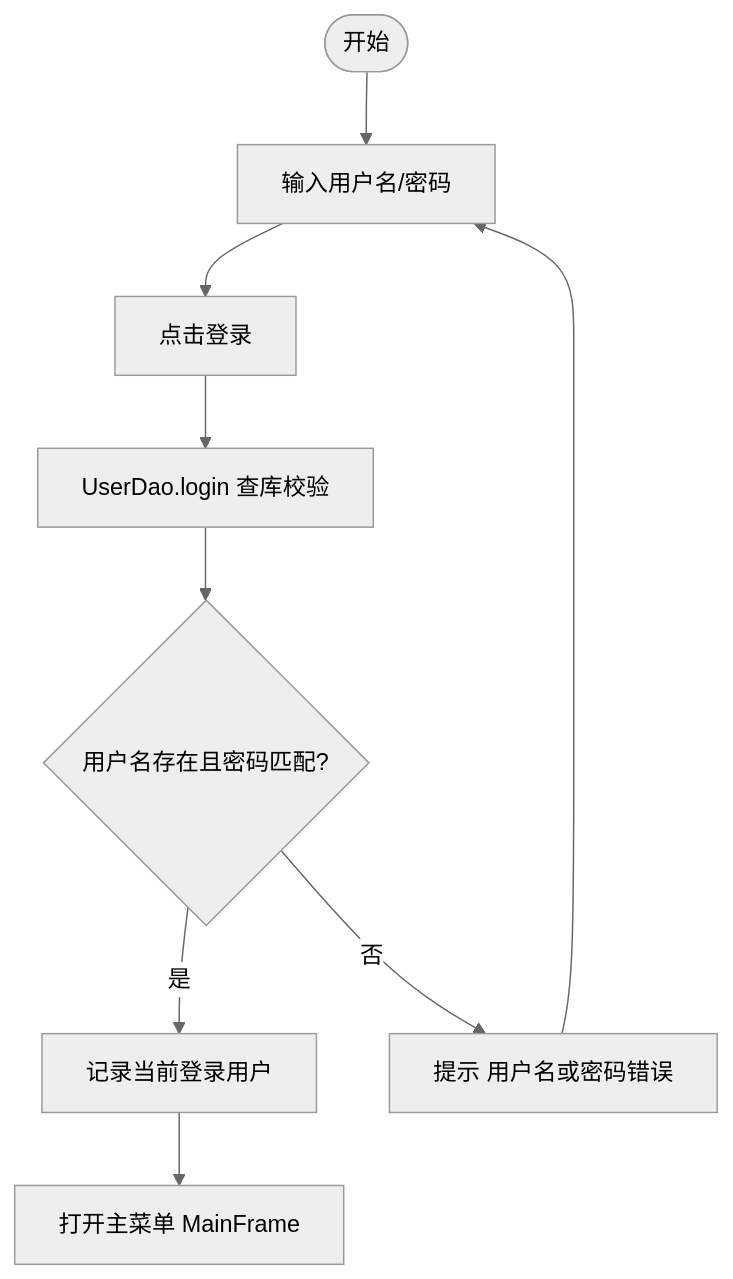
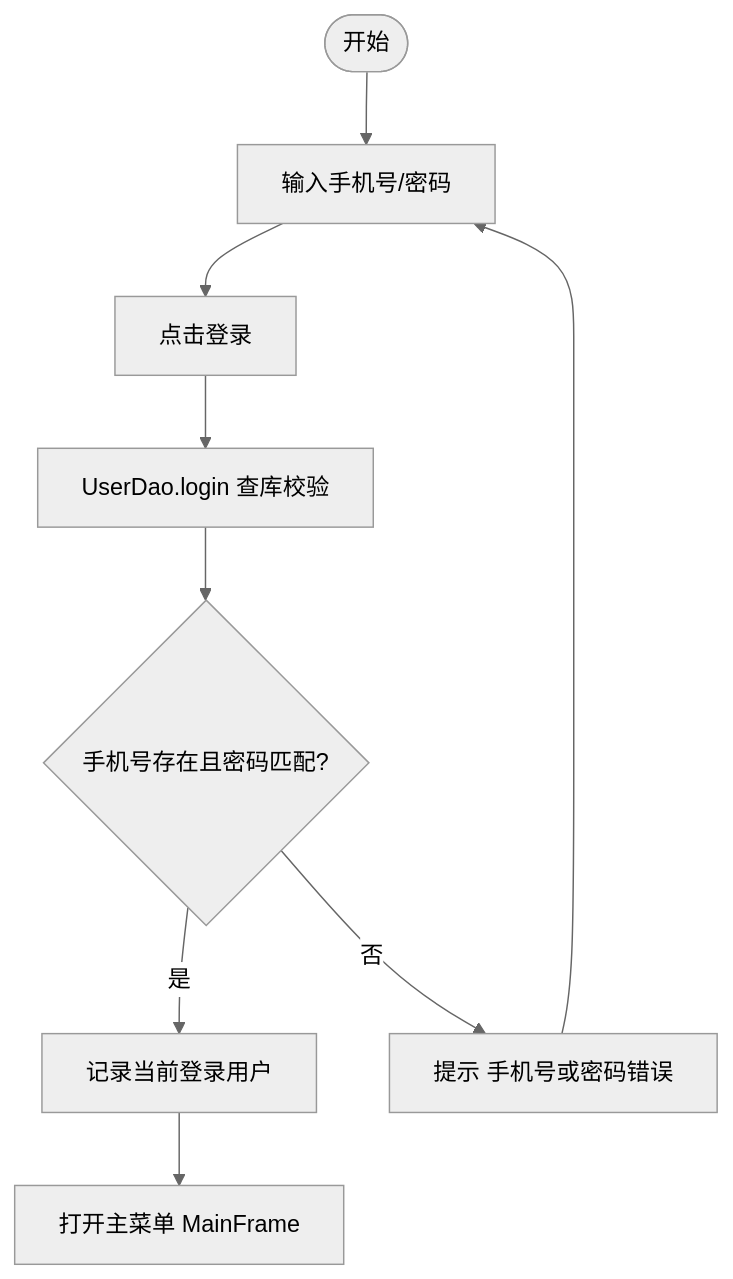
One commit to learnerCodeZ/javagame-zombie-shooter changed the third of 12 diagrams in docs/详细设计说明书.md. Above: the diagram before and after it, drawn with Mermaid (neutral theme). The commit also changed other lines of this file and 19 other files, not shown here.

````diff
--- a/docs/详细设计说明书.md
+++ b/docs/详细设计说明书.md
@@ -287,11 +287,11 @@
 ```mermaid
 flowchart TD
-    A(["开始"]) --> B["输入用户名/密码"]
+    A(["开始"]) --> B["输入手机号/密码"]
     B --> C["点击登录"]
     C --> D["UserDao.login 查库校验"]
-    D --> E{"用户名存在且密码匹配?"}
+    D --> E{"手机号存在且密码匹配?"}
     E -->|是| F["记录当前登录用户"]
-    E -->|否| G["提示 用户名或密码错误"]
+    E -->|否| G["提示 手机号或密码错误"]
     F --> H["打开主菜单 MainFrame"]
     G --> B
 ```
````
